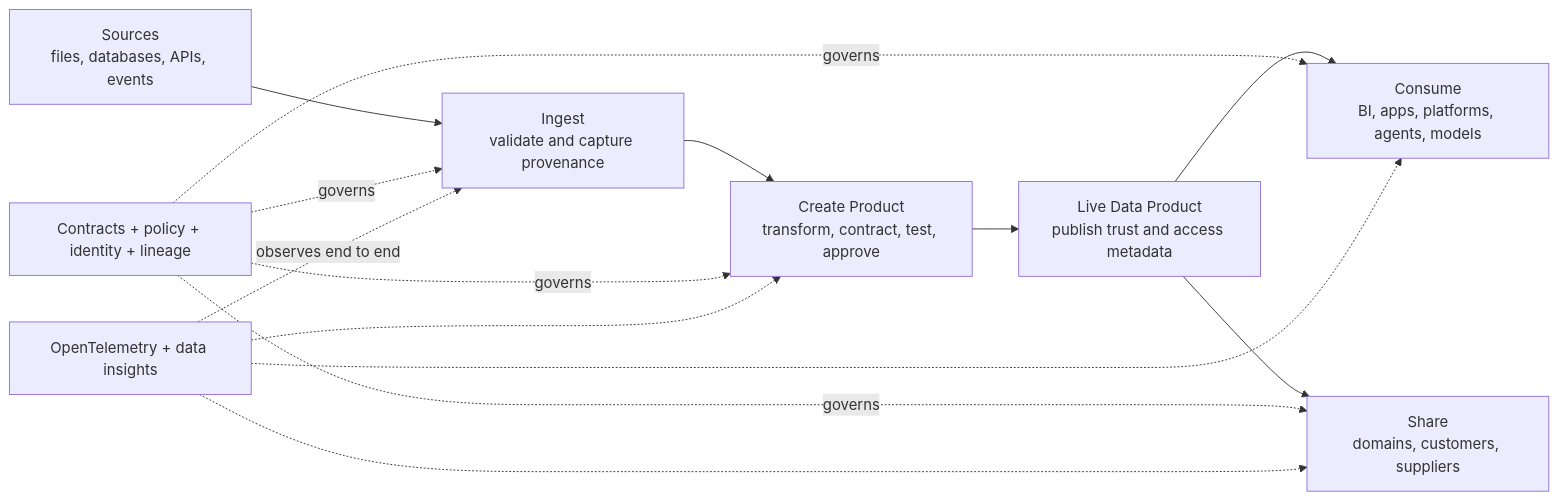
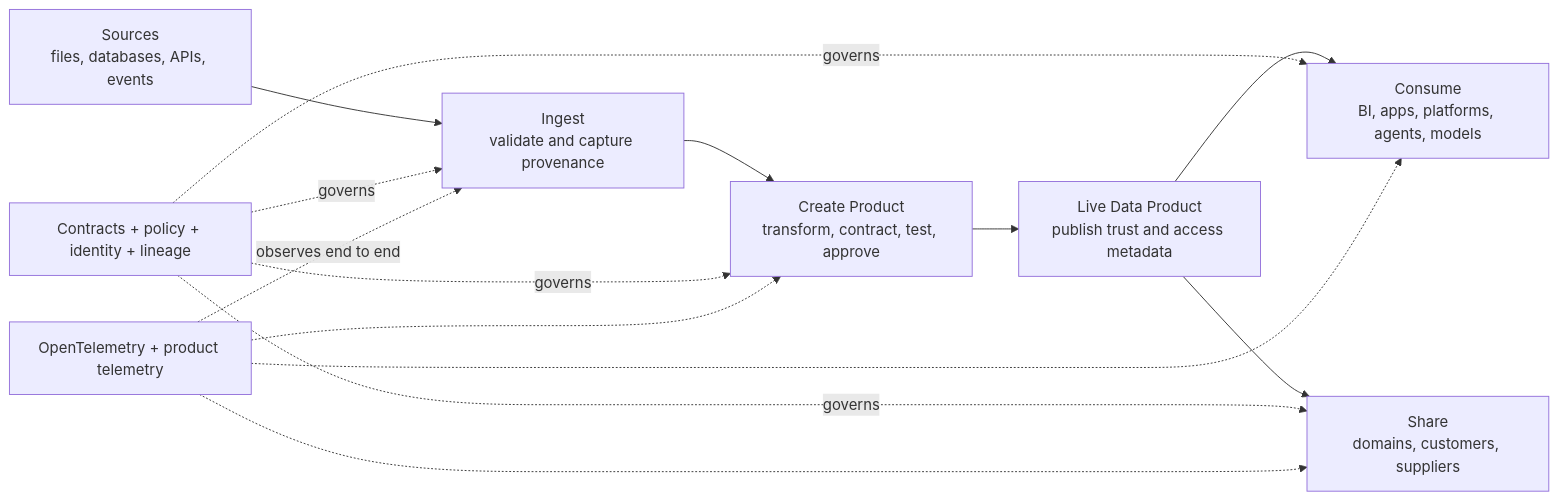
One commit to cong78/data-foundation-architecture changed the diagram in docs/architecture/overview.md. Above: the diagram before and after it, drawn with Mermaid. The commit also changed other lines of this file and 19 other files, not shown here.

````diff
--- a/docs/architecture/overview.md
+++ b/docs/architecture/overview.md
@@ -82,23 +84,23 @@
 ```mermaid
 flowchart LR
     S["Sources<br/>files, databases, APIs, events"]
     I["Ingest<br/>validate and capture provenance"]
     P["Create Product<br/>transform, contract, test, approve"]
     D["Live Data Product<br/>publish trust and access metadata"]
     C["Consume<br/>BI, apps, platforms, agents, models"]
     X["Share<br/>domains, customers, suppliers"]
 
     S --> I --> P --> D
     D --> C
     D --> X
 
     CTRL["Contracts + policy + identity + lineage"] -. "governs" .-> I
     CTRL -. "governs" .-> P
     CTRL -. "governs" .-> C
     CTRL -. "governs" .-> X
 
-    OBS["OpenTelemetry + data insights"] -. "observes end to end" .-> I
+    OBS["OpenTelemetry + product telemetry"] -. "observes end to end" .-> I
     OBS -.-> P
     OBS -.-> C
     OBS -.-> X
 ```
````
